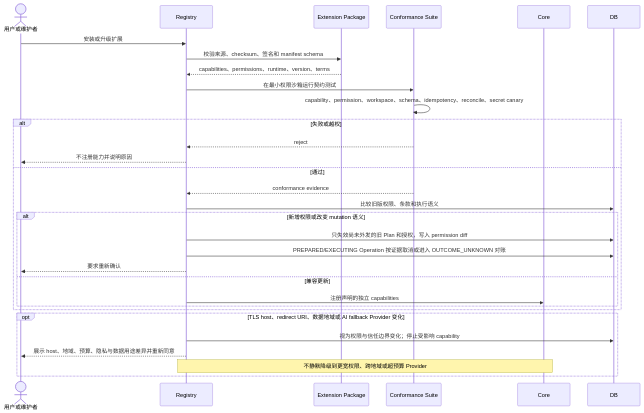
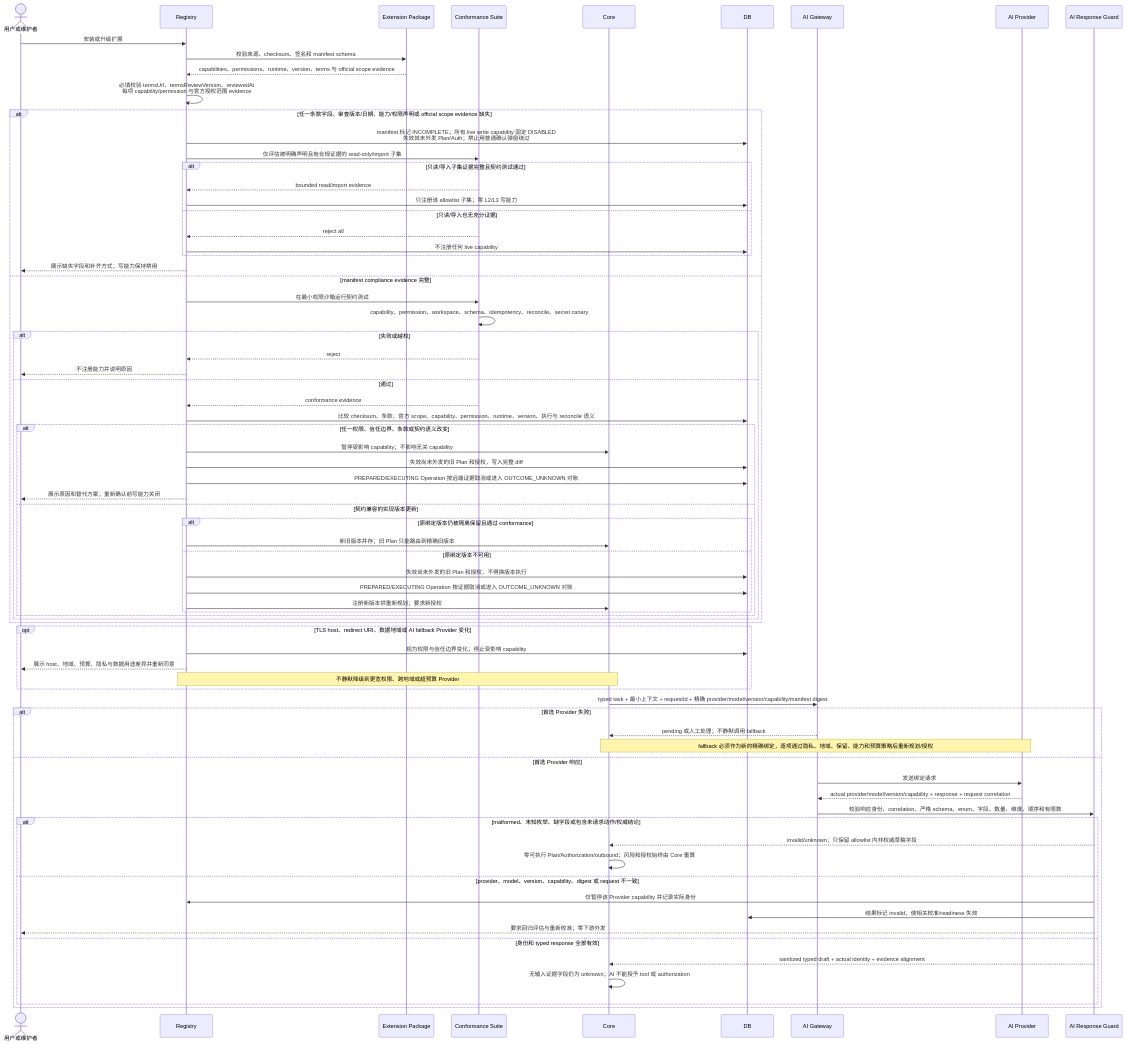
Diagram 21 of 24 in docs/product/uml/05-sequence-flows.md (AnnCYW-cm/rolefox), drawn with Mermaid before and after one commit. The commit also changed other lines of this file and 22 other files, not shown here.

Commit message:
docs: accept v0.1 product and UML baseline

````diff
--- a/docs/product/uml/05-sequence-flows.md
+++ b/docs/product/uml/05-sequence-flows.md
@@ -1215,26 +1938,53 @@
     participant Suite as Conformance Suite
     participant Core
     participant DB
+    participant Gateway as AI Gateway
+    participant AI as AI Provider
+    participant Guard as AI Response Guard
 
     %% @anchor PLUGIN_PERMISSION_DIFF
     Operator->>Registry: 安装或升级扩展
     %% @anchor SUPPLY_CHAIN_RELEASE_GATE
     Registry->>Package: 校验来源、checksum、签名和 manifest schema
-    Package-->>Registry: capabilities、permissions、runtime、version、terms
-    Registry->>Suite: 在最小权限沙箱运行契约测试
-    Suite->>Suite: capability、permission、workspace、schema、idempotency、reconcile、secret canary
-    alt 失败或越权
-        Suite-->>Registry: reject
-        Registry-->>Operator: 不注册能力并说明原因
-    else 通过
-        Suite-->>Registry: conformance evidence
-        Registry->>DB: 比较旧版权限、条款和执行语义
-        alt 新增权限或改变 mutation 语义
-            Registry->>DB: 只失效尚未外发的旧 Plan 和授权，写入 permission diff
-            Registry->>DB: PREPARED/EXECUTING Operation 按证据取消或进入 OUTCOME_UNKNOWN 对账
-            Registry-->>Operator: 要求重新确认
-        else 兼容更新
-            Registry->>Core: 注册声明的独立 capabilities
+    Package-->>Registry: capabilities、permissions、runtime、version、terms 与 official scope evidence
+    %% @anchor MANIFEST_COMPLIANCE_EVIDENCE_GATE
+    Registry->>Registry: 必填校验 termsUrl、termsReviewVersion、reviewedAt<br/>每项 capability/permission 与官方授权范围 evidence
+    alt 任一条款字段、审查版本/日期、能力/权限声明或 official scope evidence 缺失
+        Registry->>DB: manifest 标记 INCOMPLETE；所有 live write capability 固定 DISABLED<br/>失效其未外发 Plan/Auth；禁止用普通确认弹窗绕过
+        Registry->>Suite: 仅评估被明确声明且有合规证据的 read-only/import 子集
+        alt 只读/导入子集证据完整且契约测试通过
+            Suite-->>Registry: bounded read/import evidence
+            Registry->>DB: 只注册该 allowlist 子集；零 L2/L3 写能力
+        else 只读/导入也无充分证据
+            Suite-->>Registry: reject all
+            Registry->>DB: 不注册任何 live capability
+        end
+        Registry-->>Operator: 展示缺失字段和补齐方式；写能力保持禁用
+    else manifest compliance evidence 完整
+        Registry->>Suite: 在最小权限沙箱运行契约测试
+        Suite->>Suite: capability、permission、workspace、schema、idempotency、reconcile、secret canary
+        alt 失败或越权
+            Suite-->>Registry: reject
+            Registry-->>Operator: 不注册能力并说明原因
+        else 通过
+            Suite-->>Registry: conformance evidence
+            Registry->>DB: 比较 checksum、条款、官方 scope、capability、permission、runtime、version、执行与 reconcile 语义
+            alt 任一权限、信任边界、条款或契约语义改变
+                %% @anchor PLUGIN_TRUST_CHANGE_INVALIDATION
+                Registry->>Core: 暂停受影响 capability；不影响无关 capability
+                Registry->>DB: 失效尚未外发的旧 Plan 和授权，写入完整 diff
+                Registry->>DB: PREPARED/EXECUTING Operation 按远端证据取消或进入 OUTCOME_UNKNOWN 对账
+                Registry-->>Operator: 展示原因和替代方案；重新确认前写能力关闭
+            else 契约兼容的实现版本更新
+                %% @anchor PLUGIN_EXACT_VERSION_BINDING
+                alt 原绑定版本仍被隔离保留且通过 conformance
+                    Registry->>Core: 新旧版本并存；旧 Plan 只能路由到精确旧版本
+                else 原绑定版本不可用
+                    Registry->>DB: 失效尚未外发的旧 Plan 和授权；不得换版本执行
+                    Registry->>DB: PREPARED/EXECUTING Operation 按证据取消或进入 OUTCOME_UNKNOWN 对账
+                    Registry->>Core: 注册新版本供重新规划；要求新授权
+                end
+            end
         end
     end
     opt TLS host、redirect URI、数据地域或 AI fallback Provider 变化
@@ -1242,4 +1992,29 @@
         Registry-->>Operator: 展示 host、地域、预算、隐私与数据用途差异并重新同意
         Note over Registry,Core: 不静默降级到更宽权限、跨地域或超预算 Provider
     end
+
+    Core->>Gateway: typed task + 最小上下文 + requestId + 精确 provider/model/version/capability/manifest digest
+    alt 首选 Provider 失败
+        %% @anchor AI_FALLBACK_POLICY_GATE
+        Gateway-->>Core: pending 或人工处理；不静默调用 fallback
+        Note over Core,AI: fallback 必须作为新的精确绑定，逐项通过隐私、地域、保留、能力和预算策略后重新规划/授权
+    else 首选 Provider 响应
+        Gateway->>AI: 发送绑定请求
+        AI-->>Gateway: actual provider/model/version/capability + response + request correlation
+        Gateway->>Guard: 校验响应身份、correlation、严格 schema、enum、字段、数量、维度、顺序和有限数
+        alt malformed、未知枚举、缺字段或包含未请求动作/权威结论
+            %% @anchor AI_STRICT_RESPONSE_SCHEMA
+            %% @anchor AI_DRAFT_AUTHORITY_GUARD
+            Guard-->>Core: invalid/unknown；只保留 allowlist 内非权威草稿字段
+            Core->>Core: 零可执行 Plan/Authorization/outbound；风险和授权始终由 Core 重算
+        else provider、model、version、capability、digest 或 request 不一致
+            %% @anchor AI_PROVIDER_IDENTITY_GUARD
+            Guard->>Registry: 仅暂停该 Provider capability 并记录实际身份
+            Guard->>DB: 结果标记 invalid；使相关校准/readiness 失效
+            Guard-->>Operator: 要求回归评估与重新校准；零下游外发
+        else 身份和 typed response 全部有效
+            Guard-->>Core: sanitized typed draft + actual identity + evidence alignment
+            Core->>Core: 无输入证据字段仍为 unknown；AI 不能授予 tool 或 authorization
+        end
+    end
 ```
````
